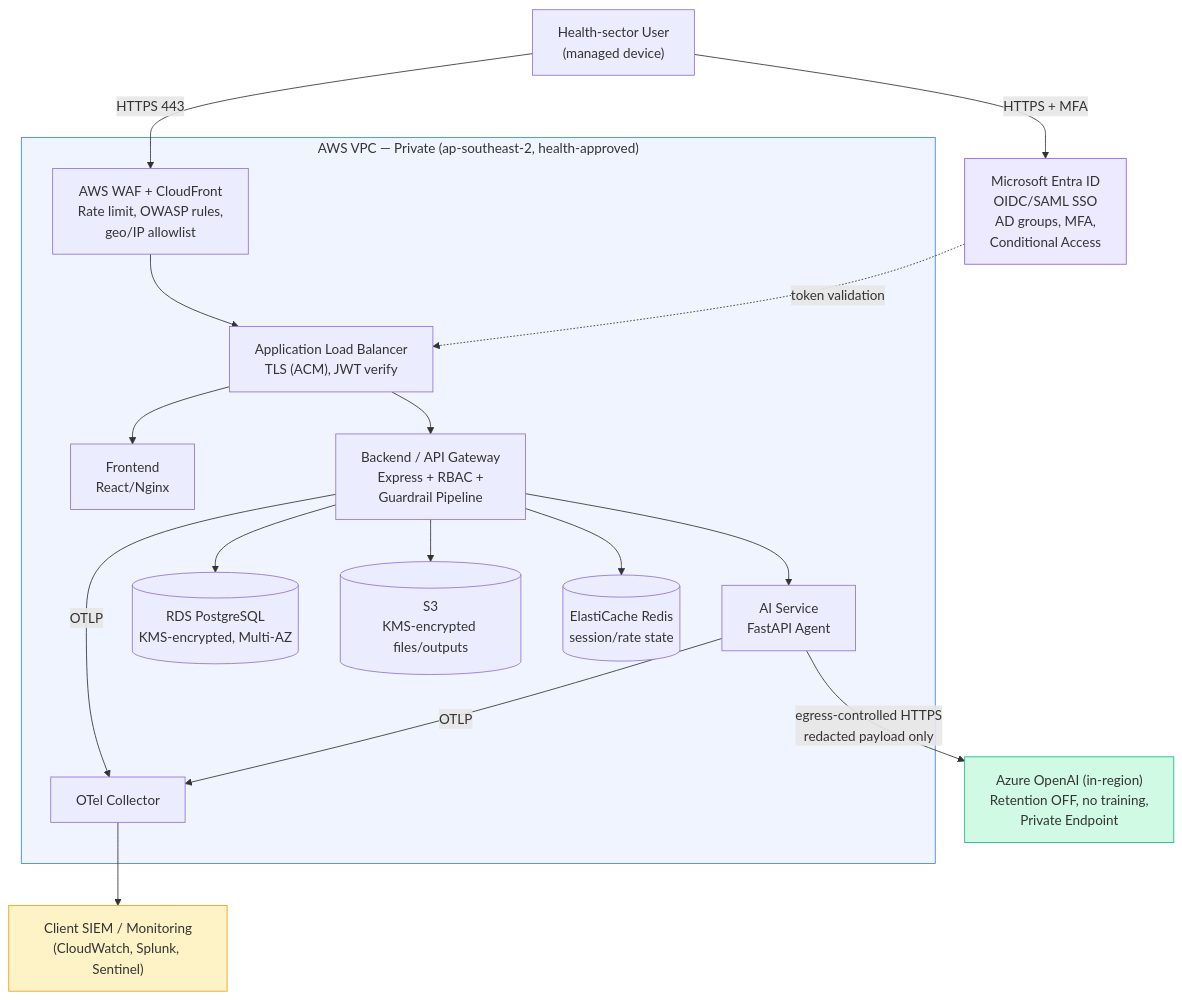
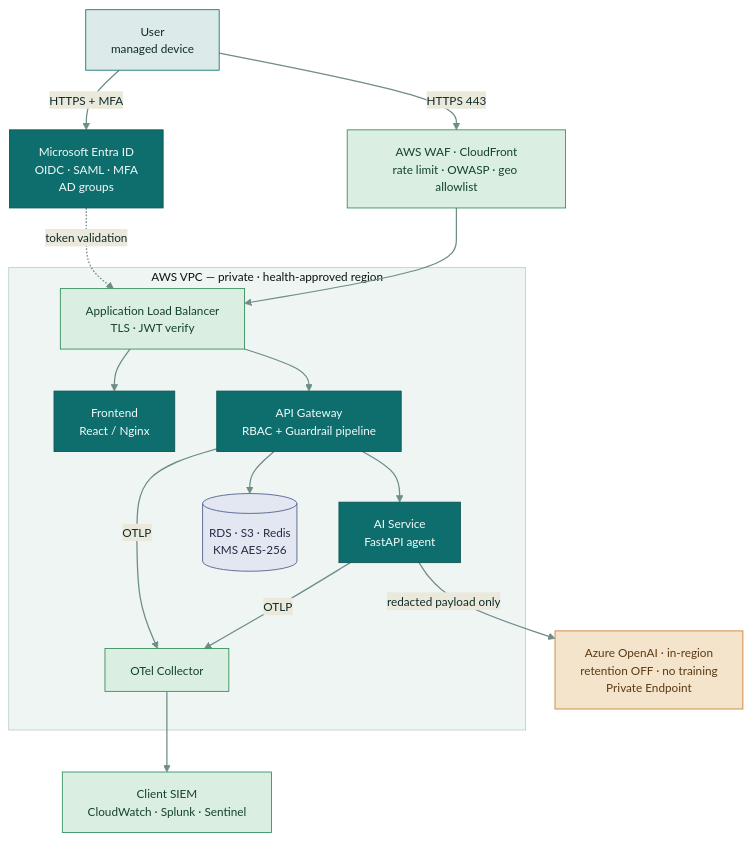
The first of 6 diagrams in ARCHITECTURE.md (shankasf/small_migration), drawn with Mermaid before and after one commit. The commit also changed other lines of this file and 3 other files, not shown here.

First line of the commit message:
feat(architecture): Render Mermaid diagrams as embedded images in docx

````diff
--- a/ARCHITECTURE.md
+++ b/ARCHITECTURE.md
@@ -90,26 +96,35 @@
 ```mermaid
-graph TB
-    User["Health-sector User<br/>(managed device)"] -->|"HTTPS + MFA"| Entra["Microsoft Entra ID<br/>OIDC/SAML SSO<br/>AD groups, MFA,<br/>Conditional Access"]
-    User -->|"HTTPS 443"| WAF["AWS WAF + CloudFront<br/>Rate limit, OWASP rules,<br/>geo/IP allowlist"]
+%%{init:{'theme':'base','themeVariables':{'fontFamily':'Helvetica,Arial,sans-serif','fontSize':'14px','primaryColor':'#DCEAE9','primaryBorderColor':'#0E6E6E','primaryTextColor':'#0F2B2A','lineColor':'#6E8C88','clusterBkg':'#EEF5F3','clusterBorder':'#B9D0CB'}}}%%
+flowchart TB
+  U["User<br/>managed device"]:::zone
+  Entra["Microsoft Entra ID<br/>OIDC · SAML · MFA<br/>AD groups"]:::app
+  WAF["AWS WAF · CloudFront<br/>rate limit · OWASP · geo allowlist"]:::ctrl
+  subgraph AWS["AWS VPC — private · health-approved region"]
+    ALB["Application Load Balancer<br/>TLS · JWT verify"]:::ctrl
+    FE["Frontend<br/>React / Nginx"]:::app
+    BE["API Gateway<br/>RBAC + Guardrail pipeline"]:::app
+    AI["AI Service<br/>FastAPI agent"]:::app
+    RDS[("RDS · S3 · Redis<br/>KMS AES-256")]:::data
+    OTEL["OTel Collector"]:::ctrl
+  end
+  SIEM["Client SIEM<br/>CloudWatch · Splunk · Sentinel"]:::ctrl
+  AOAI["Azure OpenAI · in-region<br/>retention OFF · no training<br/>Private Endpoint"]:::ext
 
-    subgraph AWS["AWS VPC — Private (ap-southeast-2, health-approved)"]
-        WAF --> ALB["Application Load Balancer<br/>TLS (ACM), JWT verify"]
-        ALB --> FE["Frontend<br/>React/Nginx"]
-        ALB --> BE["Backend / API Gateway<br/>Express + RBAC +<br/>Guardrail Pipeline"]
-        BE --> AI["AI Service<br/>FastAPI Agent"]
-        BE --> RDS[("RDS PostgreSQL<br/>KMS-encrypted, Multi-AZ")]
-        BE --> S3[("S3<br/>KMS-encrypted files/outputs")]
-        BE --> Redis[("ElastiCache Redis<br/>session/rate state")]
-        BE -->|OTLP| OTEL["OTel Collector"]
-        AI -->|OTLP| OTEL
-    end
+  U -->|"HTTPS + MFA"| Entra
+  U -->|"HTTPS 443"| WAF
+  Entra -.->|"token validation"| ALB
+  WAF --> ALB --> FE
+  ALB --> BE --> AI
+  BE --> RDS
+  BE -->|OTLP| OTEL
+  AI -->|OTLP| OTEL
+  OTEL --> SIEM
+  AI -->|"redacted payload only"| AOAI
 
-    Entra -. "token validation" .-> ALB
-    OTEL --> SIEM["Client SIEM / Monitoring<br/>(CloudWatch, Splunk, Sentinel)"]
-    AI -->|"egress-controlled HTTPS<br/>redacted payload only"| AOAI["Azure OpenAI (in-region)<br/>Retention OFF, no training,<br/>Private Endpoint"]
-
-    style AWS fill:#f0f4ff,stroke:#3b82f6
-    style AOAI fill:#d1fae5,stroke:#10b981
-    style Entra fill:#ede9fe,stroke:#8b5cf6
-    style SIEM fill:#fef3c7,stroke:#f59e0b
+  classDef zone fill:#DCEAE9,stroke:#0E6E6E,color:#0F2B2A;
+  classDef app fill:#0E6E6E,stroke:#0A5252,color:#F2FBFA;
+  classDef ctrl fill:#DAEEE1,stroke:#2E8B57,color:#14432B;
+  classDef data fill:#E3E7F1,stroke:#4B5A8A,color:#232B45;
+  classDef ext fill:#F4E4CB,stroke:#C77D2E,color:#5A3A12;
+  linkStyle default stroke:#6E8C88,stroke-width:1.5px;
 ```
````
